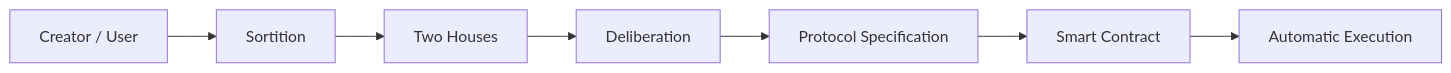
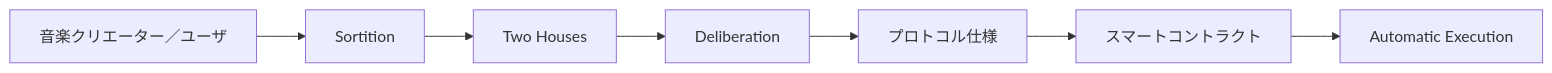
One commit to ShigeichiroYamasaki/creator-first-platform changed the first of 23 diagrams in docs/whitepaper/07-governance.md. Above: the diagram before and after it, drawn with Mermaid. The commit also changed other lines of this file and 67 other files, not shown here.

````diff
--- a/docs/whitepaper/07-governance.md
+++ b/docs/whitepaper/07-governance.md
@@ -19,12 +19,12 @@
 ```mermaid
 flowchart LR
-    COMMUNITY[Creator / User]
+    COMMUNITY[音楽クリエーター／ユーザ]
     SORT[Sortition]
     HOUSE[Two Houses]
     DELIB[Deliberation]
-    SPEC[Protocol Specification]
-    CODE[Smart Contract]
+    SPEC[プロトコル仕様]
+    CODE[スマートコントラクト]
     EXEC[Automatic Execution]
 
     COMMUNITY --> SORT --> HOUSE --> DELIB --> SPEC --> CODE --> EXEC
 ```
````
